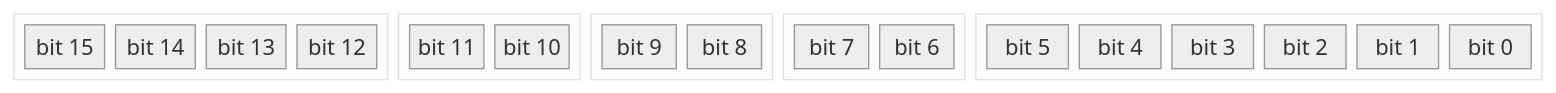
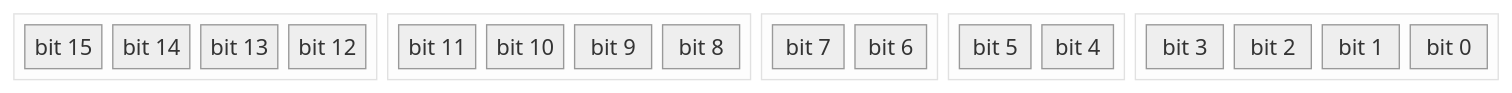
The seventh of 9 diagrams in docs/en/architecture/registers.md (MinecAnton209/NovumOS-16bit), drawn with Mermaid (neutral theme) before and after one commit. The commit also changed other lines of this file and 20 other files, not shown here.

````diff
--- a/docs/en/architecture/registers.md
+++ b/docs/en/architecture/registers.md
@@ -294,24 +300,24 @@
 ```mermaid
 block-beta
     columns 16
     block:opcode:4
         columns 4
-        O3["bit 15"] O2["bit 14"] O1["bit 13"] O0["bit 12"]
+        A_O3["bit 15"] A_O2["bit 14"] A_O1["bit 13"] A_O0["bit 12"]
     end
-    block:mode:2
+    block:alu_op:4
+        columns 4
+        AL3["bit 11"] AL2["bit 10"] AL1["bit 9"] AL0["bit 8"]
+    end
+    block:alu_dst:2
         columns 2
-        M1["bit 11"] M0["bit 10"]
+        AD1["bit 7"] AD0["bit 6"]
     end
-    block:size:2
+    block:alu_src:2
         columns 2
-        S1["bit 9"] S0["bit 8"]
+        AS1["bit 5"] AS0["bit 4"]
     end
-    block:dest:2
-        columns 2
-        D1["bit 7"] D0["bit 6"]
-    end
-    block:src_imm:6
-        columns 6
-        SI5["bit 5"] SI4["bit 4"] SI3["bit 3"] SI2["bit 2"] SI1["bit 1"] SI0["bit 0"]
+    block:alu_unused:4
+        columns 4
+        AU3["bit 3"] AU2["bit 2"] AU1["bit 1"] AU0["bit 0"]
     end
 ```
````
